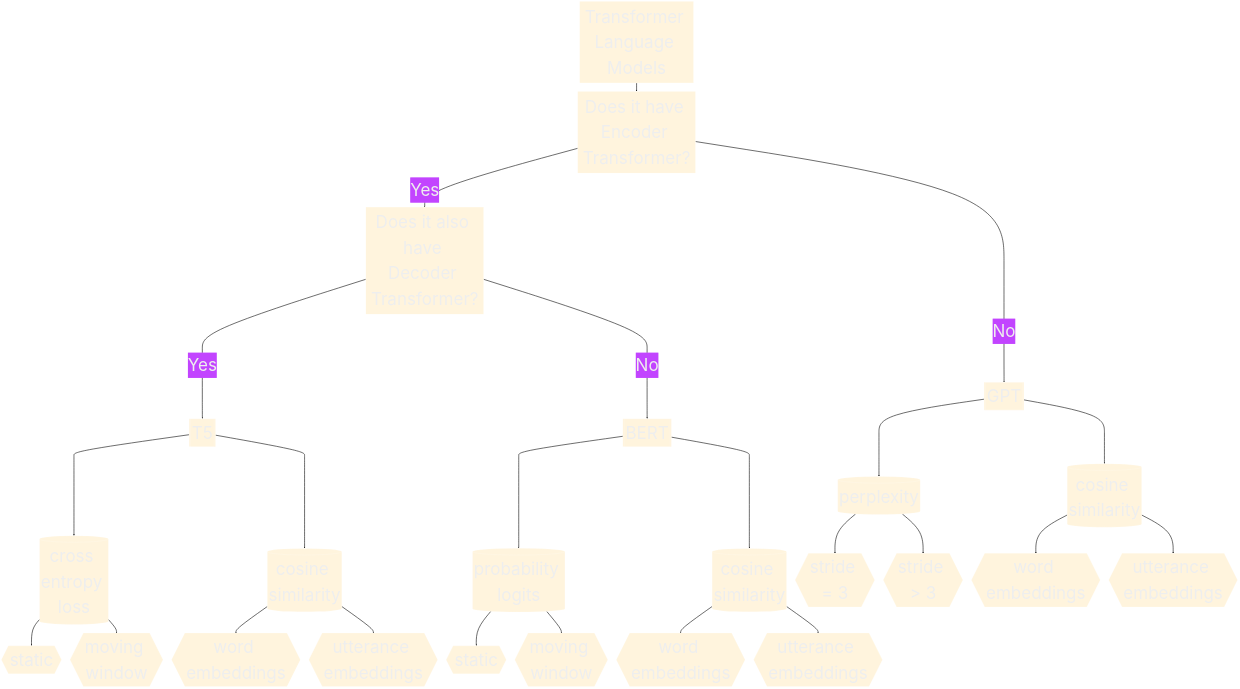
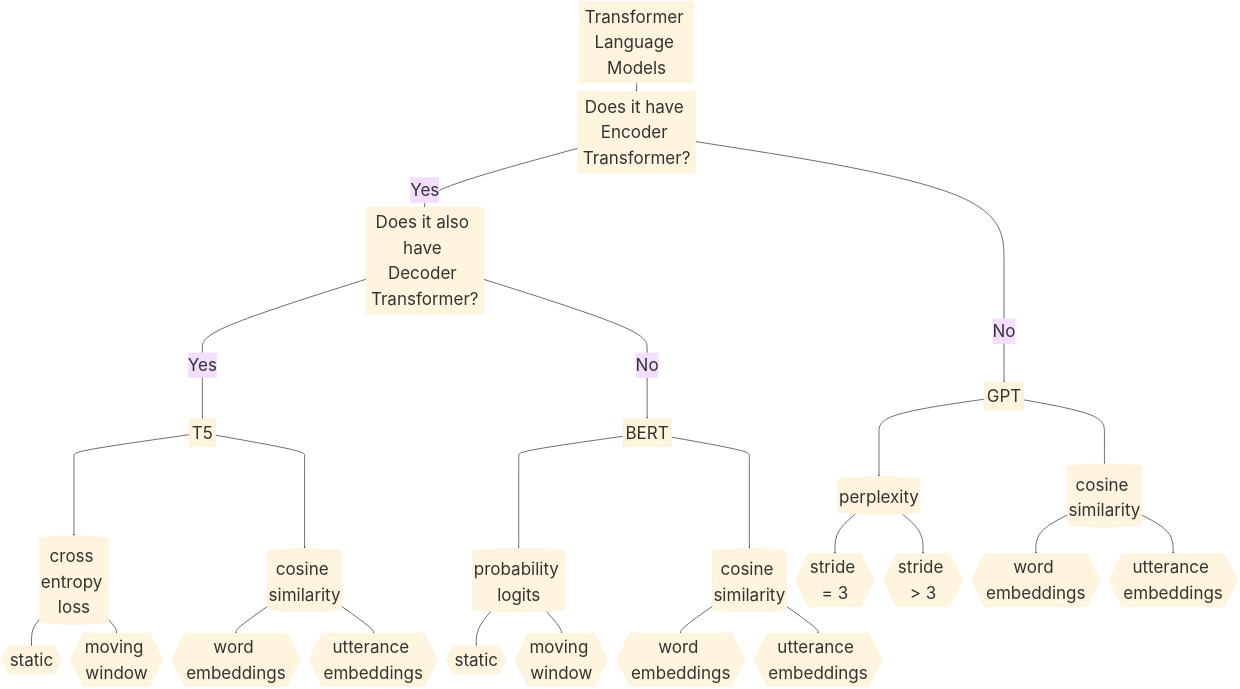
One commit to yancong222/SSD-LM-STanglab changed the diagram in README.md. Above: the diagram before and after it, drawn with Mermaid.

````diff
--- a/README.md
+++ b/README.md
@@ -4,29 +4,29 @@
 ```mermaid
-%%{init: {'theme': 'base', 'themeVariables': { 'darkMode': 'true', 'fontSize': '100px'}}}%%
+%%{init: {'theme': 'base', 'themeVariables': { 'fontSize': '100px'}}}%%
 flowchart TD
     A[Transformer Language Models] ==> B[Does it have Encoder Transformer?]
     B == Yes ==> C[Does it also have Decoder Transformer?]
     C == Yes ====> D[[T5]] ====> G[(cross entropy loss)]
     G ==> J{{static}}
     G ==> K{{moving window}}
     D ====> P[(cosine similarity)]
     P ==> Q{{word embeddings}}
     P ==> R{{utterance embeddings}}
     C == No ====> E[[BERT]] ====> H[(probability logits)]
     H ==> L{{static}}
     H ==> M{{moving window}}
     E ====> S[(cosine similarity)]
     S ==> T{{word embeddings}}
     S ==> U{{utterance embeddings}}
     B == No ====> F[[GPT]] ====> I[(perplexity)]
     I ==> N{{stride = 3}}
     I ==> O{{stride > 3}}
     F ====> V[(cosine similarity)]
     V ==> W{{word embeddings}}
     V ==> X{{utterance embeddings}}
     click A "https://github.com/yancong222/scriptscz/blob/main/perplexity/ed_perplexity.py" _blank
     click B "http://www.github.com" "Open this in a new tab" _blank
     click C href "http://www.github.com" _blank
     click D href "http://www.github.com" "Open this in a new tab" _blank
    
 ```
````
